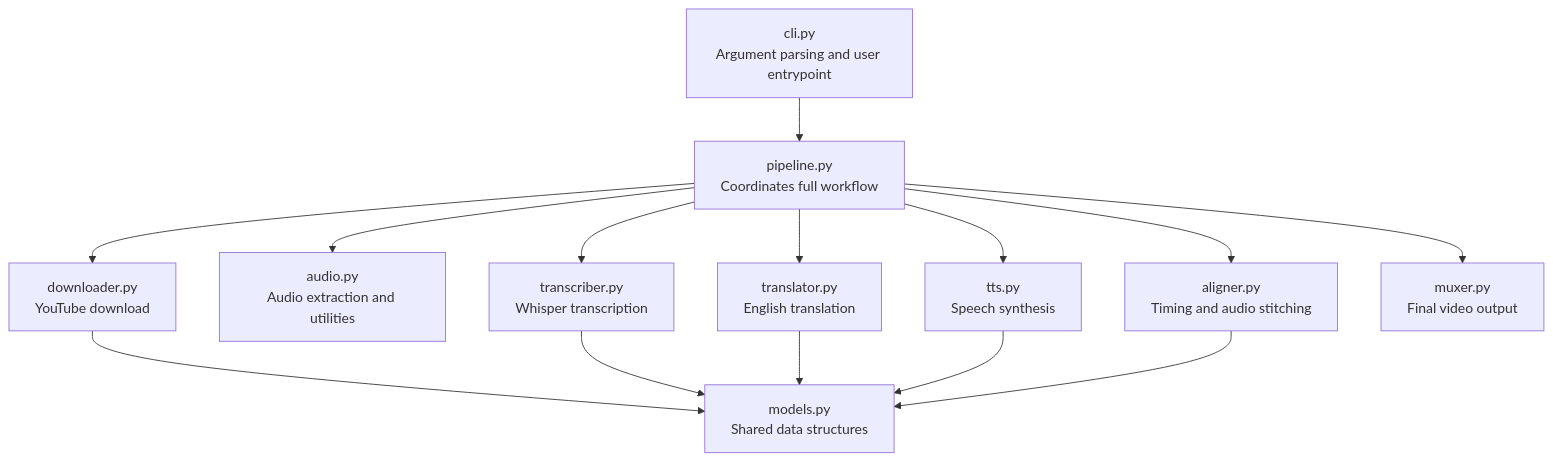
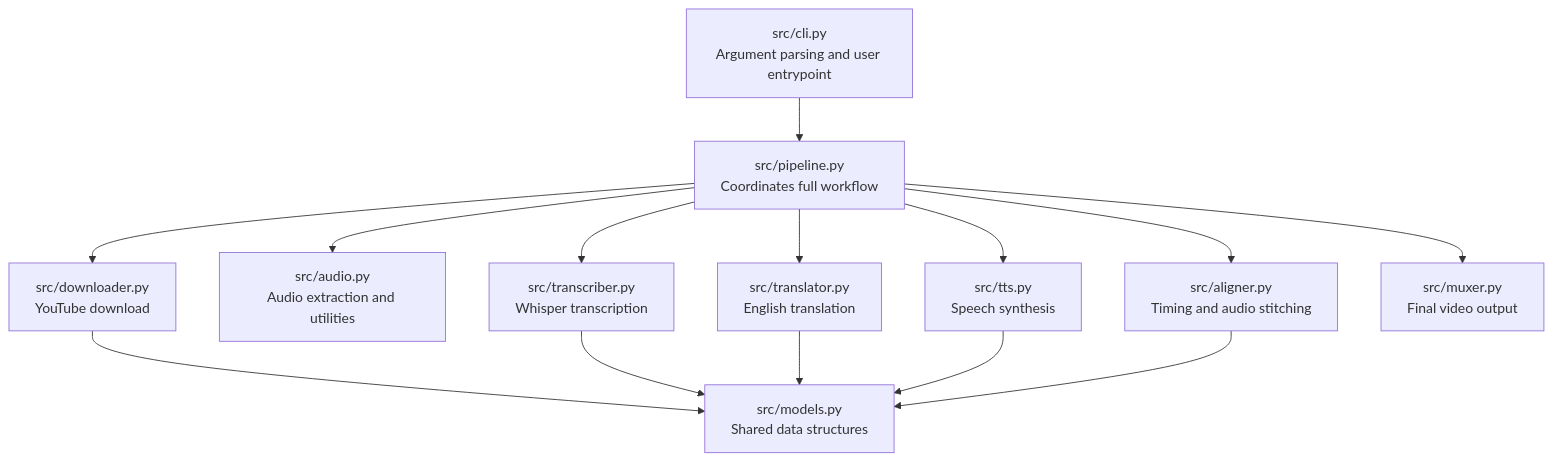
The second of 3 diagrams in docs/02-core-architecture.md (ayushkumar320/AutoVid), drawn with Mermaid before and after one commit. The commit also changed other lines of this file and 8 other files, not shown here.

````diff
--- a/docs/02-core-architecture.md
+++ b/docs/02-core-architecture.md
@@ -108,27 +108,27 @@
 ```mermaid
 flowchart TD
-    CLI["cli.py<br/>Argument parsing and user entrypoint"]
-    Pipeline["pipeline.py<br/>Coordinates full workflow"]
-    Downloader["downloader.py<br/>YouTube download"]
-    Audio["audio.py<br/>Audio extraction and utilities"]
-    Transcriber["transcriber.py<br/>Whisper transcription"]
-    Translator["translator.py<br/>English translation"]
-    TTS["tts.py<br/>Speech synthesis"]
-    Aligner["aligner.py<br/>Timing and audio stitching"]
-    Muxer["muxer.py<br/>Final video output"]
-    Models["models.py<br/>Shared data structures"]
+    CLI["src/cli.py<br/>Argument parsing and user entrypoint"]
+    Pipeline["src/pipeline.py<br/>Coordinates full workflow"]
+    Downloader["src/downloader.py<br/>YouTube download"]
+    Audio["src/audio.py<br/>Audio extraction and utilities"]
+    Transcriber["src/transcriber.py<br/>Whisper transcription"]
+    Translator["src/translator.py<br/>English translation"]
+    TTS["src/tts.py<br/>Speech synthesis"]
+    Aligner["src/aligner.py<br/>Timing and audio stitching"]
+    Muxer["src/muxer.py<br/>Final video output"]
+    Models["src/models.py<br/>Shared data structures"]
 
     CLI --> Pipeline
     Pipeline --> Downloader
     Pipeline --> Audio
     Pipeline --> Transcriber
     Pipeline --> Translator
     Pipeline --> TTS
     Pipeline --> Aligner
     Pipeline --> Muxer
     Downloader --> Models
     Transcriber --> Models
     Translator --> Models
     TTS --> Models
     Aligner --> Models
 ```
````
